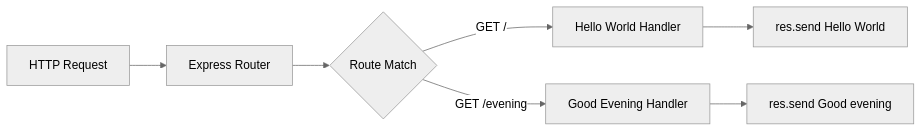
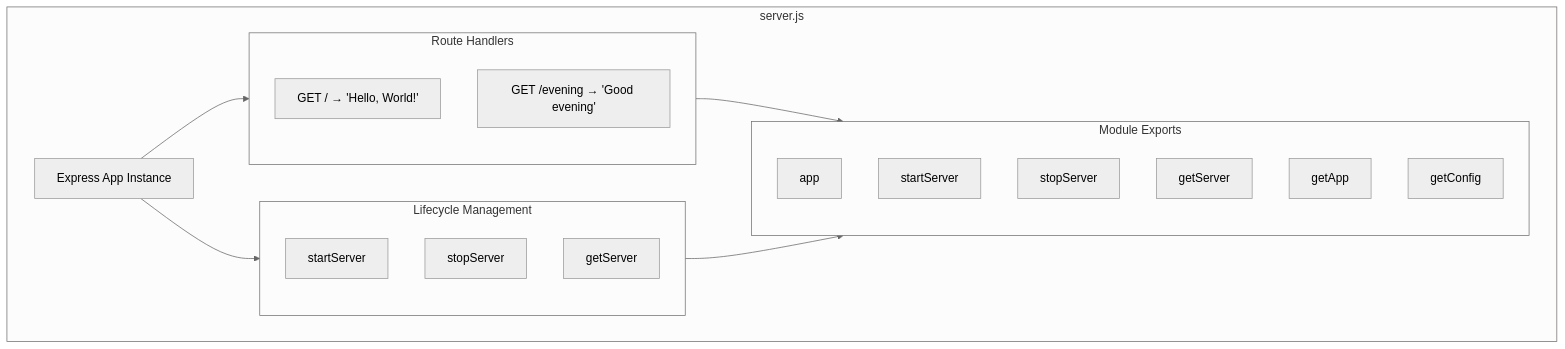
One commit to Sandeep01Kumar/29-dec-existing-projects-qa-test-2 changed the fourth of 4 diagrams in blitzy/documentation/Technical Specifications.md. Above: the diagram before and after it, drawn with Mermaid (neutral theme). The commit also changed other lines of this file, not shown here.

````diff
--- a/blitzy/documentation/Technical Specifications.md
+++ b/blitzy/documentation/Technical Specifications.md
@@ -238,9 +468,31 @@
 ```mermaid
-graph LR
-    A[HTTP Request] --> B[Express Router]
-    B --> C{Route Match}
-    C -->|GET /| D[Hello World Handler]
-    C -->|GET /evening| E[Good Evening Handler]
-    D --> F[res.send Hello World]
-    E --> G[res.send Good evening]
+flowchart TB
+    subgraph Server["server.js"]
+        Express[Express App Instance]
+        
+        subgraph Routes["Route Handlers"]
+            Root["GET / → 'Hello, World!'"]
+            Evening["GET /evening → 'Good evening'"]
+        end
+        
+        subgraph Lifecycle["Lifecycle Management"]
+            Start[startServer]
+            Stop[stopServer]
+            GetSrv[getServer]
+        end
+        
+        subgraph Exports["Module Exports"]
+            ExpApp[app]
+            ExpStart[startServer]
+            ExpStop[stopServer]
+            ExpGetSrv[getServer]
+            ExpGetApp[getApp]
+            ExpGetCfg[getConfig]
+        end
+    end
+    
+    Express --> Routes
+    Express --> Lifecycle
+    Routes --> Exports
+    Lifecycle --> Exports
 ```
````
